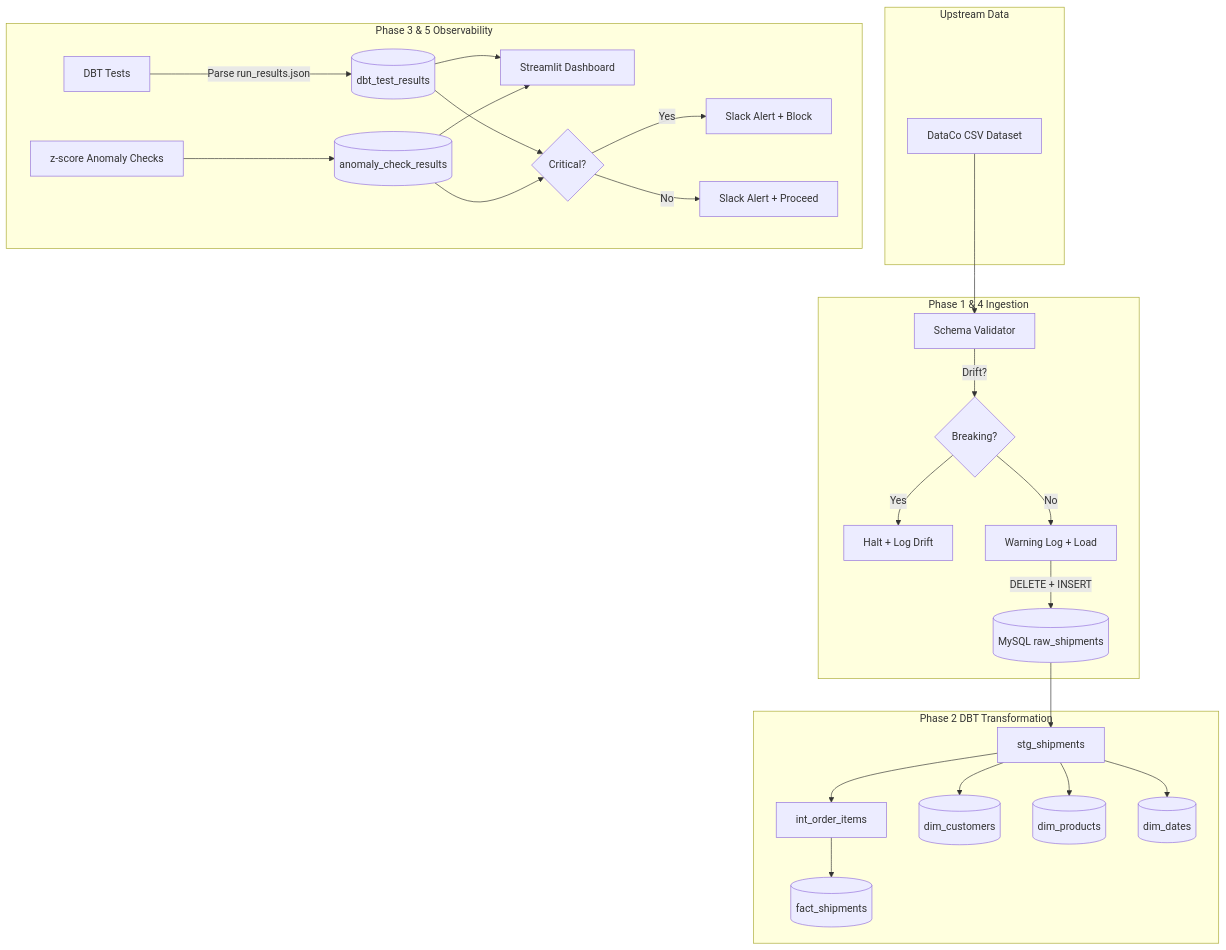
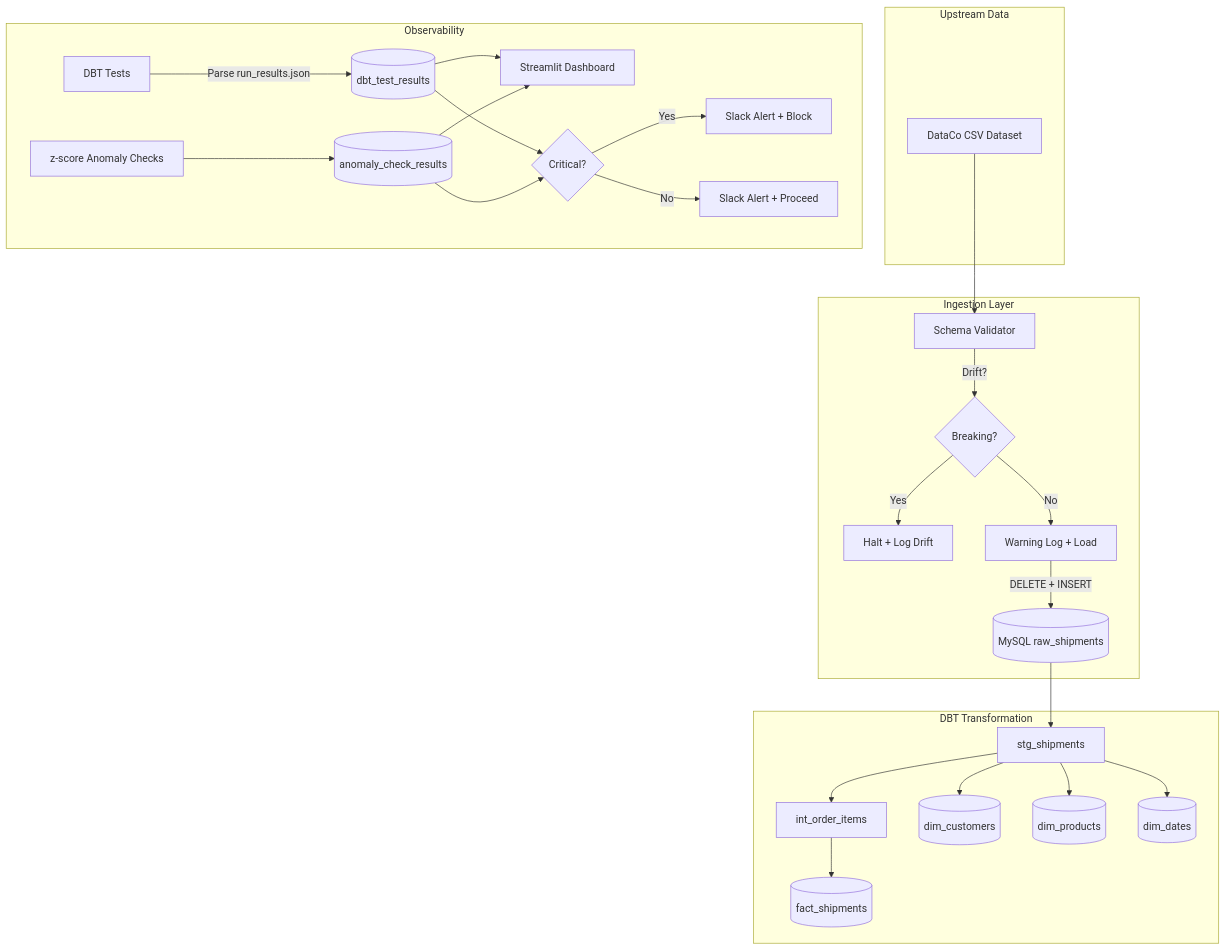
The diagram in README.md (benmoustafa/shipment-observability), drawn with Mermaid before and after one commit. The commit also changed other lines of this file, not shown here.

````diff
--- a/README.md
+++ b/README.md
@@ -7,35 +12,35 @@
 ```mermaid
 flowchart TD
     subgraph Upstream Data
         A[DataCo CSV Dataset]
     end
 
-    subgraph Phase 1 & 4 Ingestion
+    subgraph Ingestion Layer
         B[Schema Validator] -->|Drift?| C{Breaking?}
         C -->|Yes| D[Halt + Log Drift]
         C -->|No| E[Warning Log + Load]
         E -->|DELETE + INSERT| F[(MySQL raw_shipments)]
     end
 
-    subgraph Phase 2 DBT Transformation
+    subgraph DBT Transformation
         F --> G[stg_shipments]
         G --> H[int_order_items]
         H --> I[(fact_shipments)]
         G --> J[(dim_customers)]
         G --> K[(dim_products)]
         G --> L[(dim_dates)]
     end
 
-    subgraph Phase 3 & 5 Observability
+    subgraph Observability
         M[DBT Tests] -->|Parse run_results.json| N[(dbt_test_results)]
         O[z-score Anomaly Checks] --> N2[(anomaly_check_results)]
         N --> P[Streamlit Dashboard]
         N2 --> P
         N --> Q{Critical?}
         N2 --> Q
         Q -->|Yes| R[Slack Alert + Block]
         Q -->|No| S[Slack Alert + Proceed]
     end
 
     A --> B
 ```
````
